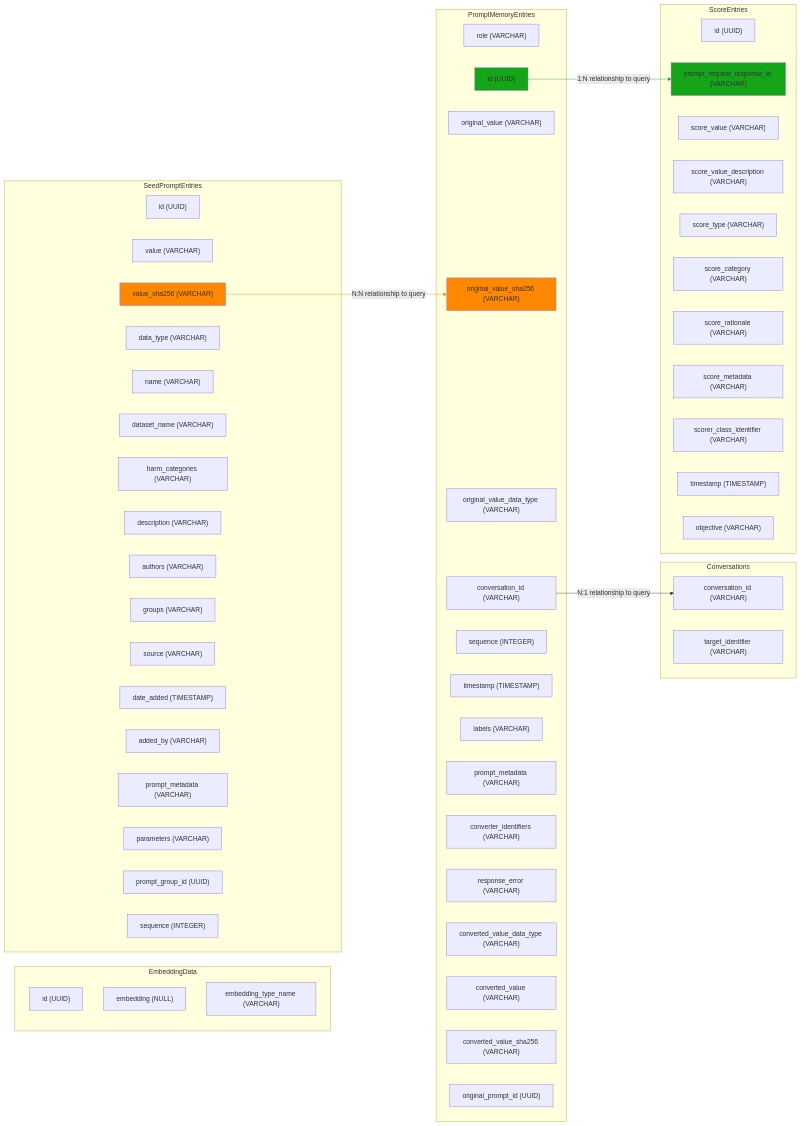
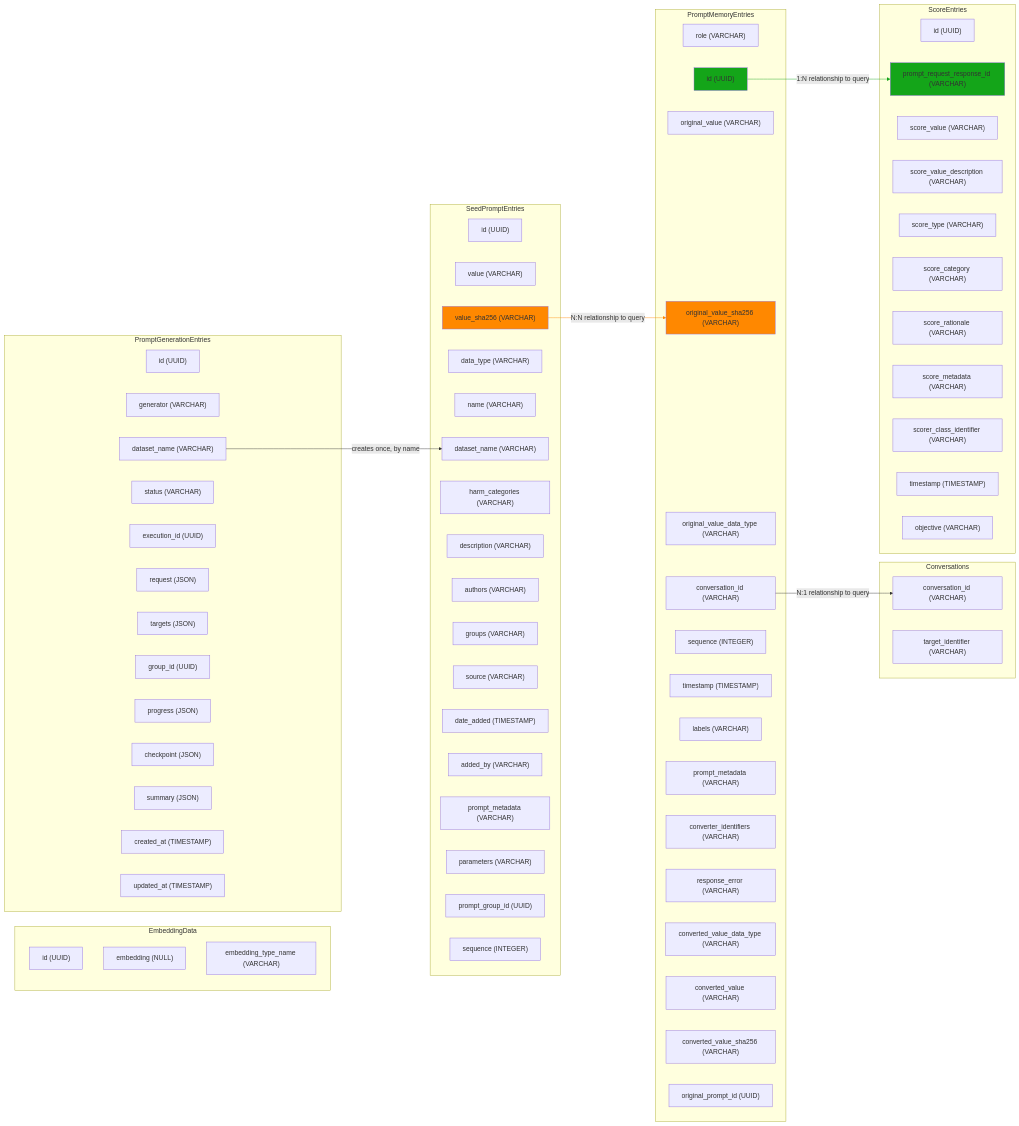
The diagram in doc/code/memory/9_schema_diagram.md (microsoft/PyRIT), drawn with Mermaid before and after one commit. The commit also changed 19 other files, not shown here.

First line of the commit message:
MAINT: Persist prompt generation jobs through memory

```diff
--- a/doc/code/memory/9_schema_diagram.md
+++ b/doc/code/memory/9_schema_diagram.md
@@ -66,9 +66,25 @@
         Sc_timestamp["timestamp (TIMESTAMP)"]
         Sc_objective["objective (VARCHAR)"]
   end
+ subgraph PromptGenerationEntries["PromptGenerationEntries"]
+        G_id["id (UUID)"]
+        G_generator["generator (VARCHAR)"]
+        G_dataset_name["dataset_name (VARCHAR)"]
+        G_status["status (VARCHAR)"]
+        G_execution_id["execution_id (UUID)"]
+        G_request["request (JSON)"]
+        G_targets["targets (JSON)"]
+        G_group_id["group_id (UUID)"]
+        G_progress["progress (JSON)"]
+        G_checkpoint["checkpoint (JSON)"]
+        G_summary["summary (JSON)"]
+        G_created_at["created_at (TIMESTAMP)"]
+        G_updated_at["updated_at (TIMESTAMP)"]
+  end
     S_value_sha256 -- N:N relationship to query --> P_original_value_sha256
     P_id -- 1:N relationship to query --> Sc_prompt_request_response_id
     P_conversation_id -- N:1 relationship to query --> C_conversation_id
+    G_dataset_name -- creates once, by name --> S_dataset_name
 
     style S_value_sha256 fill:#ff8800ff
     style P_id fill:#14a519ff
```
